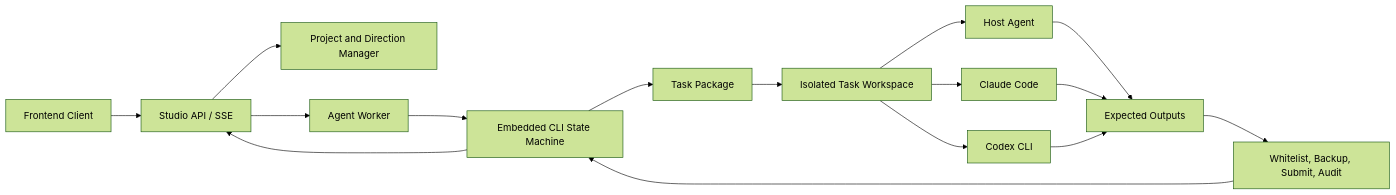
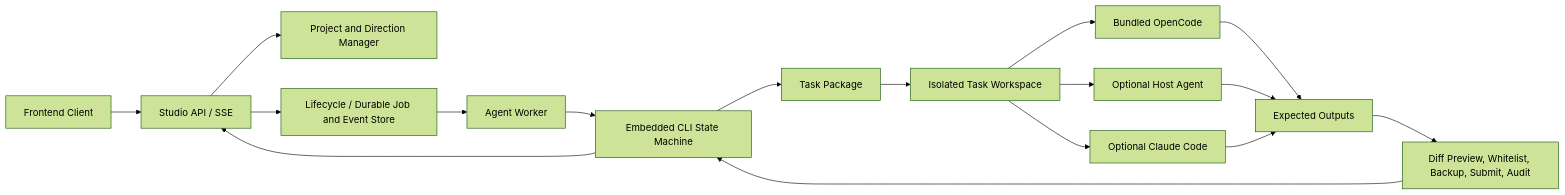
One commit to o-1717986918/arcvellum changed the diagram in docs/architecture/new-studio-architecture.md. Above: the diagram before and after it, drawn with Mermaid (forest theme). The commit also changed other lines of this file and 88 other files, not shown here.

````diff
--- a/docs/architecture/new-studio-architecture.md
+++ b/docs/architecture/new-studio-architecture.md
@@ -7,18 +7,19 @@
 ```mermaid
 flowchart LR
     UI["Frontend Client"] --> API["Studio API / SSE"]
     API --> PM["Project and Direction Manager"]
-    API --> W["Agent Worker"]
+    API --> L["Lifecycle / Durable Job and Event Store"]
+    L --> W["Agent Worker"]
     W --> C["Embedded CLI State Machine"]
     C --> T["Task Package"]
     T --> S["Isolated Task Workspace"]
-    S --> H["Host Agent"]
-    S --> CL["Claude Code"]
-    S --> CX["Codex CLI"]
-    H --> O["Expected Outputs"]
+    S --> OC["Bundled OpenCode"]
+    S --> H["Optional Host Agent"]
+    S --> CL["Optional Claude Code"]
+    OC --> O["Expected Outputs"]
+    H --> O
     CL --> O
-    CX --> O
-    O --> V["Whitelist, Backup, Submit, Audit"]
+    O --> V["Diff Preview, Whitelist, Backup, Submit, Audit"]
     V --> C
     C --> API
 ```
````
